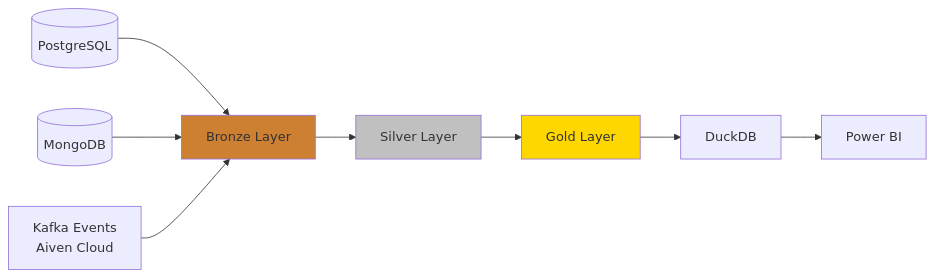
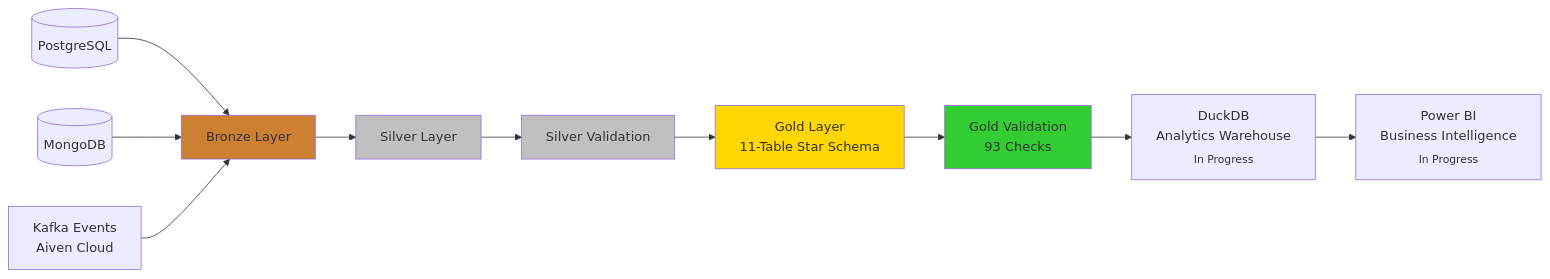
Before and after one commit to Al-Baraa7/end-to-end-streaming-data-platform: the first of 2 diagrams in README.md, drawn with Mermaid. The commit also changed other lines of this file and 76 other files, not shown here.

First line of the commit message:
refactor(pipeline,tests,docs): modularize Silver, expand Gold Star Schema, and update docs

````diff
--- a/README.md
+++ b/README.md
@@ -17,15 +16,19 @@
 ```mermaid
 flowchart LR
     PG[(PostgreSQL)] --> BZ[Bronze Layer]
     MG[(MongoDB)] --> BZ
     KF[Kafka Events<br/>Aiven Cloud] --> BZ
 
     BZ --> SV[Silver Layer]
-    SV --> GD[Gold Layer]
-    GD --> DK[DuckDB]
-    DK --> PBI[Power BI]
+    SV --> SVAL[Silver Validation]
+    SVAL --> GD[Gold Layer<br/>11-Table Star Schema]
+    GD --> GVAL[Gold Validation<br/>93 Checks]
+    GVAL --> DK[DuckDB<br/>Analytics Warehouse<br/><sub>In Progress</sub>]
+    DK --> PBI[Power BI<br/>Business Intelligence<br/><sub>In Progress</sub>]
 
     style BZ fill:#cd7f32
     style SV fill:#c0c0c0
     style GD fill:#ffd700
+    style SVAL fill:#c0c0c0
+    style GVAL fill:#32cd32
 ```
````
